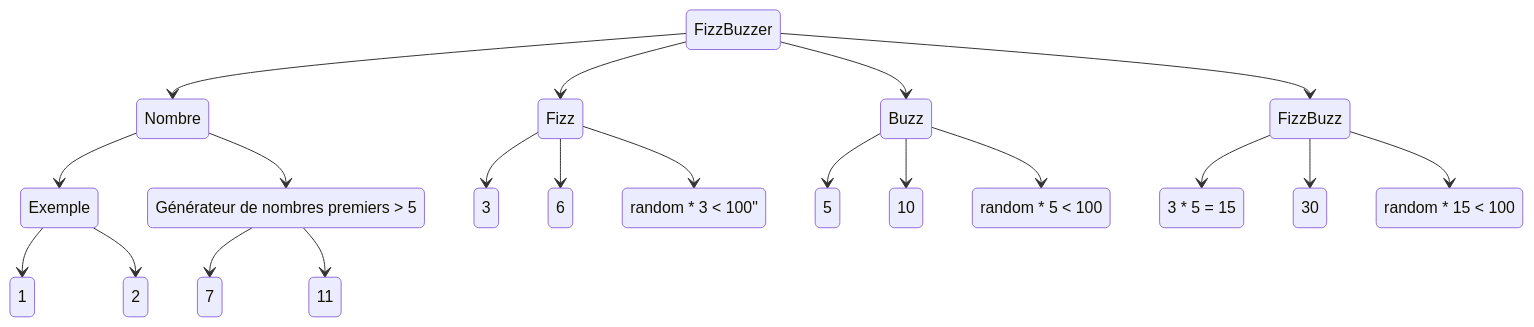
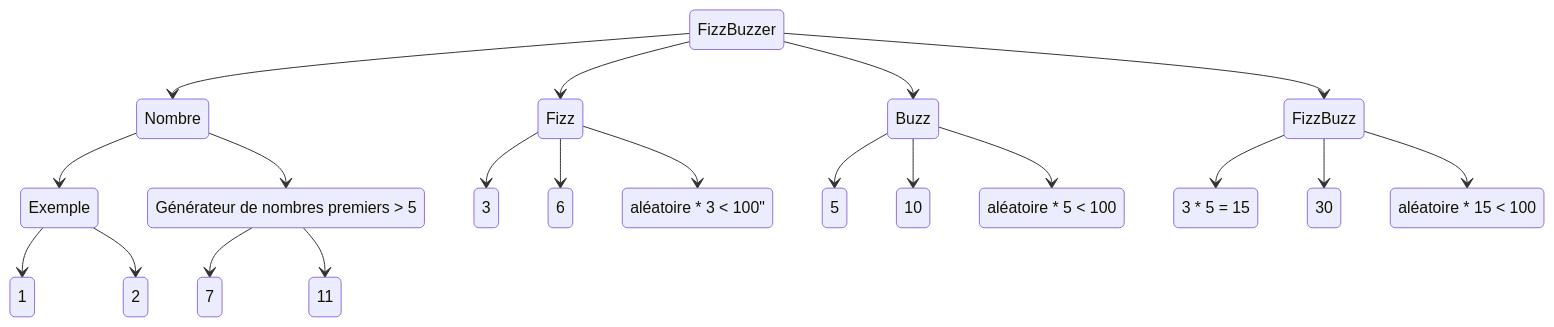
The first of 2 diagrams in 04 Jardins/codeKatas/FizzBuzz.md (PermaSoft/permasoft.github.io), drawn with Mermaid before and after one commit.

Commit message:
vault backup: 2022-12-09 14:19:53
Affected files:
04 Jardins/codeKatas/FizzBuzz.md

````diff
--- a/04 Jardins/codeKatas/FizzBuzz.md
+++ b/04 Jardins/codeKatas/FizzBuzz.md
@@ -9,22 +9,22 @@
 ```mermaid
 stateDiagram-v2
     FizzBuzzer --> Nombre
     Nombre --> Exemple
     Nombre --> Générateur#nbsp;de#nbsp;nombres#nbsp;premiers#nbsp;>#nbsp;5
     Exemple --> 1
     Exemple --> 2
 	Générateur#nbsp;de#nbsp;nombres#nbsp;premiers#nbsp;>#nbsp;5 --> 7
 	   Générateur#nbsp;de#nbsp;nombres#nbsp;premiers#nbsp;>#nbsp;5 --> 11
     FizzBuzzer --> Fizz
     Fizz --> 3
     Fizz --> 6
-    Fizz --> random#nbsp;*#nbsp;3#nbsp;<#nbsp;100"
+    Fizz --> aléatoire#nbsp;*#nbsp;3#nbsp;<#nbsp;100"
     FizzBuzzer --> Buzz
     Buzz --> 5
     Buzz --> 10
-    Buzz --> random#nbsp;*#nbsp;5#nbsp;<#nbsp;100
+    Buzz --> aléatoire#nbsp;*#nbsp;5#nbsp;<#nbsp;100
     FizzBuzzer --> FizzBuzz
     FizzBuzz --> 3#nbsp;*#nbsp;5#nbsp;=#nbsp;15
     FizzBuzz --> 30
-    FizzBuzz --> random#nbsp;*#nbsp;15#nbsp;<#nbsp;100
+    FizzBuzz --> aléatoire#nbsp;*#nbsp;15#nbsp;<#nbsp;100
 ```
````
